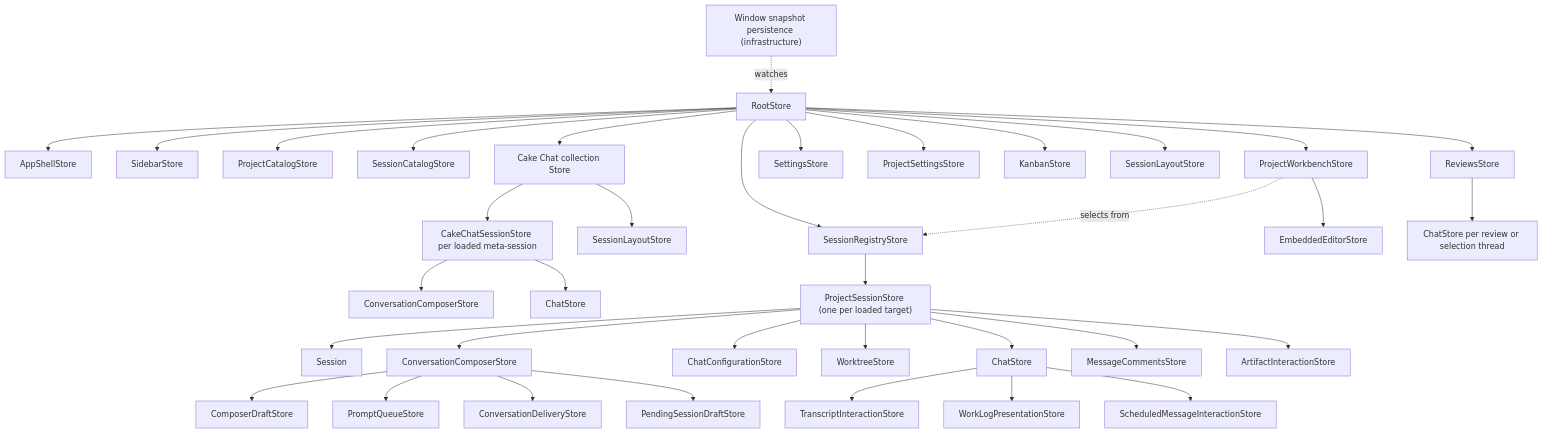
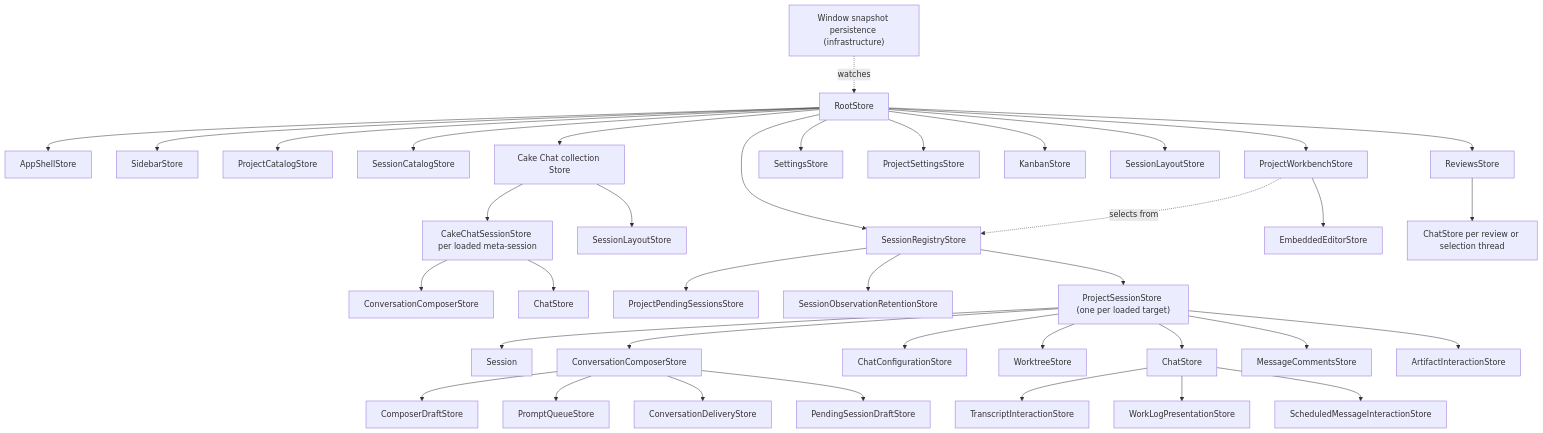
Before and after one commit to melnikov-s/cake: the diagram in docs/architecture/cake-architecture.md, drawn with Mermaid. The commit also changed other lines of this file and 21 other files, not shown here.

Commit message:
decompose project session registry ownership

````diff
--- a/docs/architecture/cake-architecture.md
+++ b/docs/architecture/cake-architecture.md
@@ -474,38 +479,40 @@
 ```mermaid
 flowchart TD
   Root["RootStore"] --> Shell["AppShellStore"]
   Root --> Sidebar["SidebarStore"]
   Root --> Projects["ProjectCatalogStore"]
   Root --> Catalog["SessionCatalogStore"]
   Root --> Registry["SessionRegistryStore"]
   Root --> Workbench["ProjectWorkbenchStore"]
   Root --> CakeChat["Cake Chat collection Store"]
   CakeChat --> CakeLayout["SessionLayoutStore"]
   CakeChat --> CakeSession["CakeChatSessionStore per loaded meta-session"]
   CakeSession --> CakeComposer["ConversationComposerStore"]
   CakeSession --> MetaChat["ChatStore"]
   Root --> Settings["SettingsStore"]
   Root --> ProjectSettings["ProjectSettingsStore"]
   Root --> Kanban["KanbanStore"]
   Persistence["Window snapshot persistence (infrastructure)"] -. watches .-> Root
   Workbench -. selects from .-> Registry
   Root --> Layout["SessionLayoutStore"]
   Workbench --> IDE["EmbeddedEditorStore"]
+  Registry --> PendingSessions["ProjectPendingSessionsStore"]
+  Registry --> ObservationRetention["SessionObservationRetentionStore"]
   Registry --> Session["ProjectSessionStore (one per loaded target)"]
   Session --> Model["Session"]
   Session --> Composer["ConversationComposerStore"]
   Composer --> ComposerDraft["ComposerDraftStore"]
   Composer --> PromptQueue["PromptQueueStore"]
   Composer --> Delivery["ConversationDeliveryStore"]
   Composer --> PendingDraft["PendingSessionDraftStore"]
   Session --> Config["ChatConfigurationStore"]
   Session --> Worktree["WorktreeStore"]
   Session --> Chat["ChatStore"]
   Chat --> TranscriptInteraction["TranscriptInteractionStore"]
   Chat --> WorkLogPresentation["WorkLogPresentationStore"]
   Chat --> ScheduledInteraction["ScheduledMessageInteractionStore"]
   Session --> Comments["MessageCommentsStore"]
   Session --> Artifacts["ArtifactInteractionStore"]
   Root --> Reviews["ReviewsStore"]
   Reviews --> ThreadChats["ChatStore per review or selection thread"]
 ```
````
